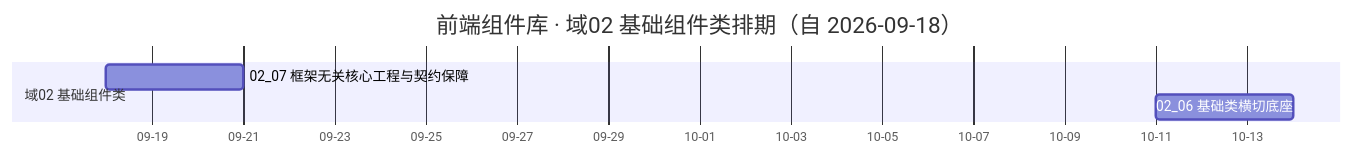
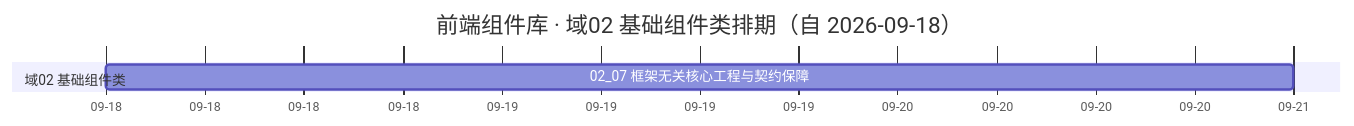
Before and after one commit to minjian123/basic-management-system: the diagram in bms文档/项目/04_前端组件库/计划/01_计划_前端组件库.md, drawn with Mermaid. The commit also changed other lines of this file and 8 other files, not shown here.

````diff
--- a/bms文档/项目/04_前端组件库/计划/01_计划_前端组件库.md
+++ b/bms文档/项目/04_前端组件库/计划/01_计划_前端组件库.md
@@ -37,9 +37,8 @@
 ```mermaid
 gantt
     title 前端组件库 · 域02 基础组件类排期（自 2026-09-18）
     dateFormat  YYYY-MM-DD
     axisFormat %m-%d
     section 域02 基础组件类
     02_07 框架无关核心工程与契约保障 :a07, 2026-09-18, 3d
-    02_06 基础类横切底座             :a06, 2026-10-11, 3d
 ```
````
